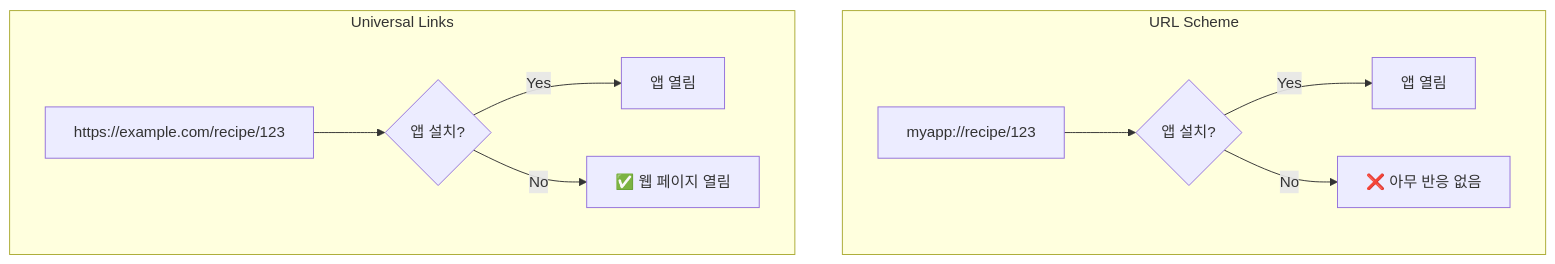
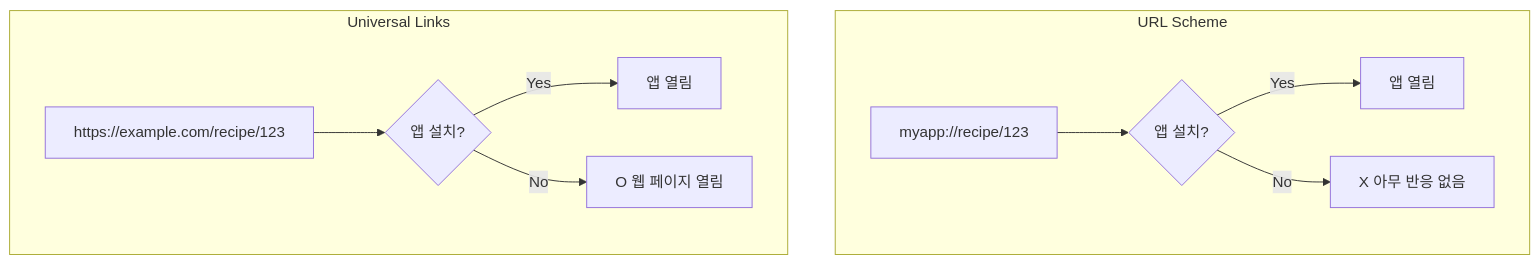
One commit to jsonpassion/forge-tutorial-swift changed the third of 5 diagrams in 10-system-frameworks/04-sharing-deeplink.md. Above: the diagram before and after it, drawn with Mermaid. The commit also changed other lines of this file and 69 other files, not shown here.

````diff
--- a/10-system-frameworks/04-sharing-deeplink.md
+++ b/10-system-frameworks/04-sharing-deeplink.md
@@ -203,13 +203,13 @@
 ```mermaid
 flowchart TD
     subgraph scheme["URL Scheme"]
         S1["myapp://recipe/123"] --> S2{"앱 설치?"}
         S2 -->|Yes| S3["앱 열림"]
-        S2 -->|No| S4["❌ 아무 반응 없음"]
+        S2 -->|No| S4["X 아무 반응 없음"]
     end
     subgraph universal["Universal Links"]
         U1["https://example.com/recipe/123"] --> U2{"앱 설치?"}
         U2 -->|Yes| U3["앱 열림"]
-        U2 -->|No| U4["✅ 웹 페이지 열림"]
+        U2 -->|No| U4["O 웹 페이지 열림"]
     end
 ```
````
